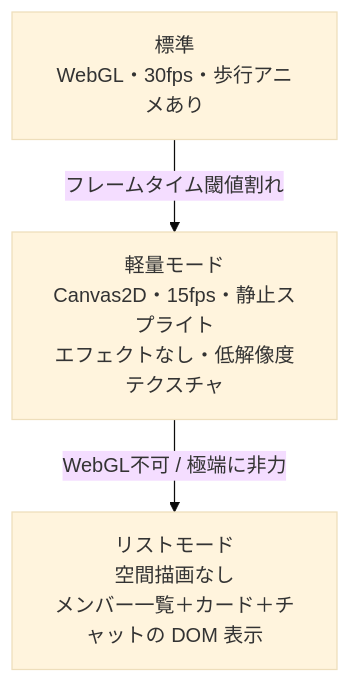
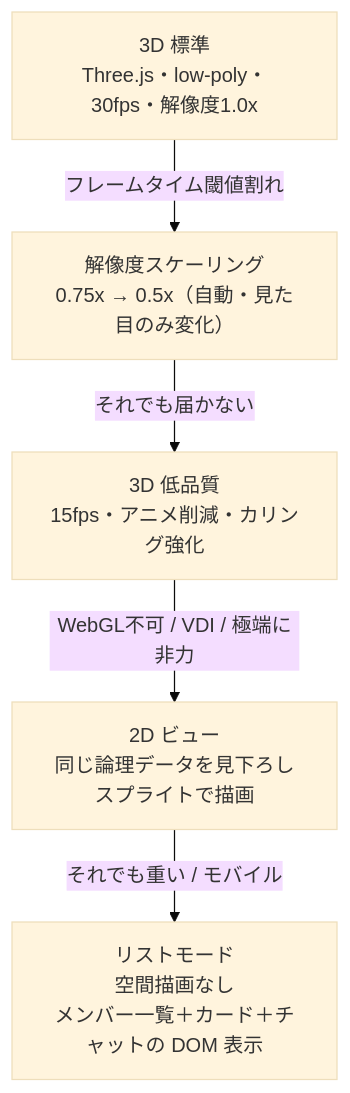
The fifth of 5 diagrams in docs/design/04-architecture.md (ayukari/-), drawn with Mermaid (base theme) before and after one commit. The commit also changed other lines of this file and 7 other files, not shown here.

````diff
--- a/docs/design/04-architecture.md
+++ b/docs/design/04-architecture.md
@@ -344,6 +395,8 @@
 ```mermaid
 flowchart TD
-    A["標準<br/>WebGL・30fps・歩行アニメあり"] -->|フレームタイム閾値割れ| B
-    B["軽量モード<br/>Canvas2D・15fps・静止スプライト<br/>エフェクトなし・低解像度テクスチャ"] -->|WebGL不可 / 極端に非力| C
-    C["リストモード<br/>空間描画なし<br/>メンバー一覧＋カード＋チャットの DOM 表示"]
+    A["3D 標準<br/>Three.js・low-poly・30fps・解像度1.0x"] -->|フレームタイム閾値割れ| A2
+    A2["解像度スケーリング<br/>0.75x → 0.5x（自動・見た目のみ変化）"] -->|それでも届かない| B
+    B["3D 低品質<br/>15fps・アニメ削減・カリング強化"] -->|WebGL不可 / VDI / 極端に非力| C
+    C["2D ビュー<br/>同じ論理データを見下ろしスプライトで描画"] -->|それでも重い / モバイル| D
+    D["リストモード<br/>空間描画なし<br/>メンバー一覧＋カード＋チャットの DOM 表示"]
 ```
````
